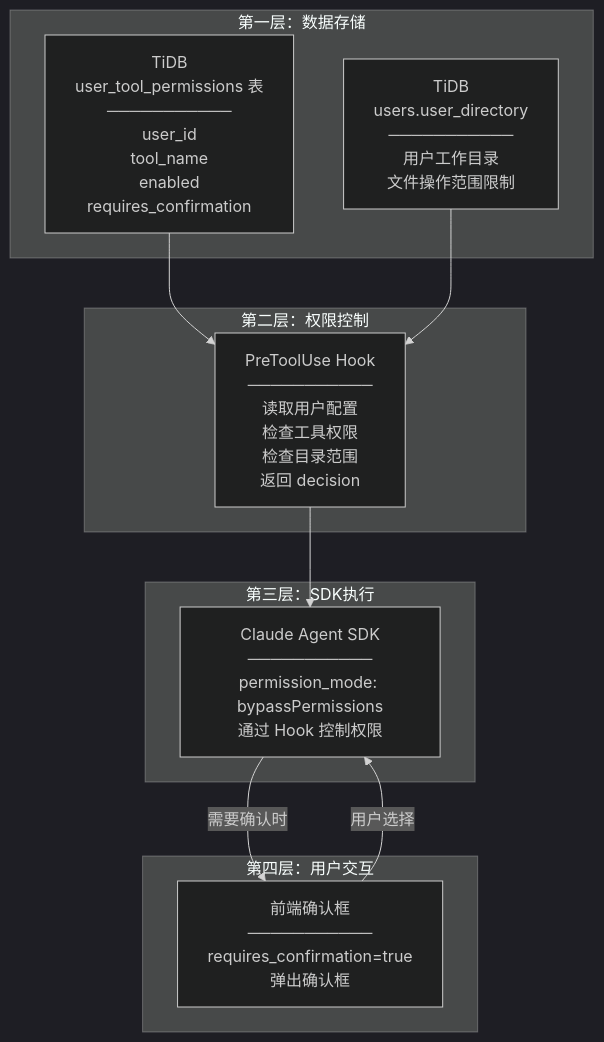
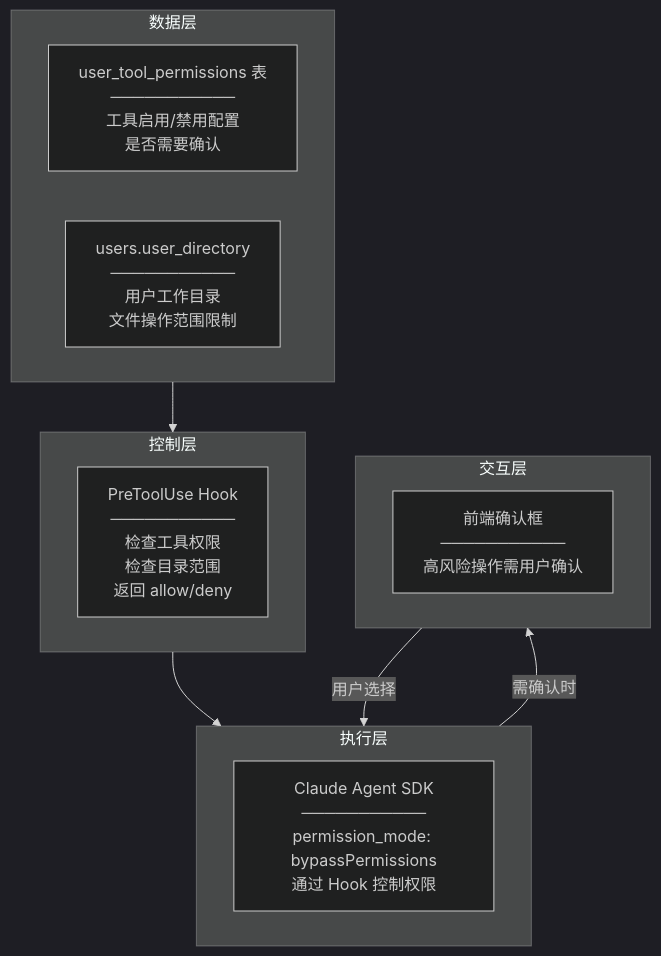
One commit to xiaocaipi/mm-doc changed diagram 23 of 37 in agent/agent_project_design_1.md. Above: the diagram before and after it, drawn with Mermaid (dark theme). The commit also changed other lines of this file, not shown here.

````diff
--- a/agent/agent_project_design_1.md
+++ b/agent/agent_project_design_1.md
@@ -1276,25 +1276,24 @@
 ```mermaid
 graph TB
-    subgraph LAYER1["第一层：数据存储"]
-        DB1["TiDB<br/>user_tool_permissions 表<br/>───────────<br/>user_id<br/>tool_name<br/>enabled<br/>requires_confirmation"]
-        DB2["TiDB<br/>users.user_directory<br/>───────────<br/>用户工作目录<br/>文件操作范围限制"]
+    subgraph DATA["数据层"]
+        D1["user_tool_permissions 表<br/>───────────<br/>工具启用/禁用配置<br/>是否需要确认"]
+        D2["users.user_directory<br/>───────────<br/>用户工作目录<br/>文件操作范围限制"]
     end
     
-    subgraph LAYER2["第二层：权限控制"]
-        HOOK["PreToolUse Hook<br/>───────────<br/>读取用户配置<br/>检查工具权限<br/>检查目录范围<br/>返回 decision"]
+    subgraph CONTROL["控制层"]
+        C1["PreToolUse Hook<br/>───────────<br/>检查工具权限<br/>检查目录范围<br/>返回 allow/deny"]
     end
     
-    subgraph LAYER3["第三层：SDK执行"]
-        SDK["Claude Agent SDK<br/>───────────<br/>permission_mode: bypassPermissions<br/>通过 Hook 控制权限"]
+    subgraph SDK["执行层"]
+        S1["Claude Agent SDK<br/>───────────<br/>permission_mode: bypassPermissions<br/>通过 Hook 控制权限"]
     end
     
-    subgraph LAYER4["第四层：用户交互"]
-        FRONTEND["前端确认框<br/>───────────<br/>requires_confirmation=true<br/>弹出确认框"]
+    subgraph UI["交互层"]
+        U1["前端确认框<br/>───────────<br/>高风险操作需用户确认"]
     end
     
-    DB1 --> HOOK
-    DB2 --> HOOK
-    HOOK --> SDK
-    SDK -->|"需要确认时"| FRONTEND
-    FRONTEND -->|"用户选择"| SDK
+    DATA --> CONTROL
+    CONTROL --> SDK
+    SDK -->|"需确认时"| UI
+    UI -->|"用户选择"| SDK
 ```
````
